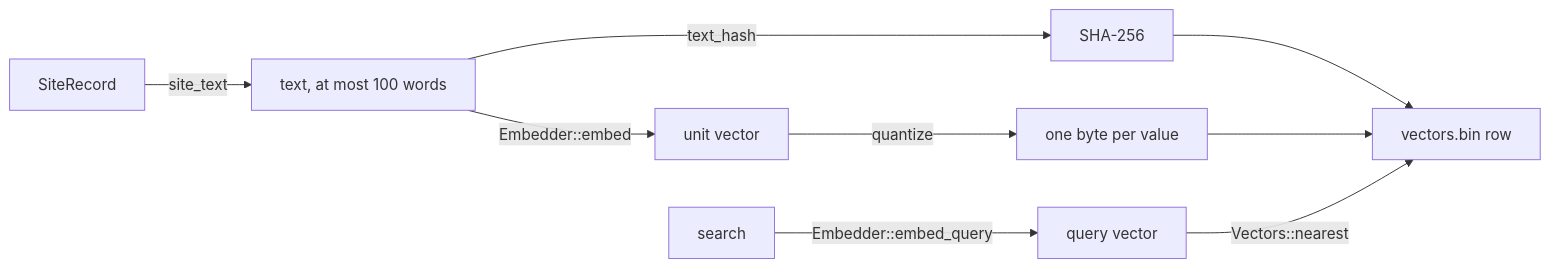
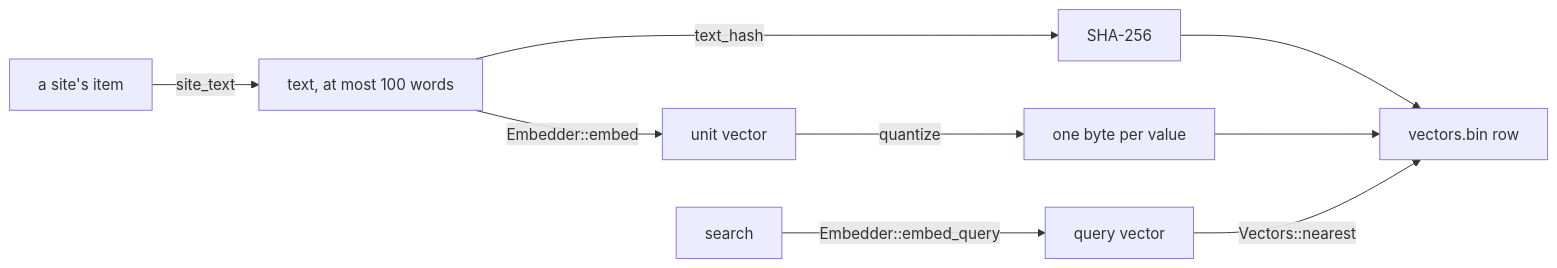
The second of 2 diagrams in crates/plumb-embed/README.md (SueHeir/plumb-search), drawn with Mermaid before and after one commit. The commit also changed other lines of this file and 19 other files, not shown here.

````diff
--- a/crates/plumb-embed/README.md
+++ b/crates/plumb-embed/README.md
@@ -35,11 +35,11 @@
 ```mermaid
 flowchart LR
-  record["SiteRecord"] -->|"site_text"| text["text, at most 100 words"]
+  site["a site's item"] -->|"site_text"| text["text, at most 100 words"]
   text -->|"text_hash"| hash["SHA-256"]
   text -->|"Embedder::embed"| vector["unit vector"]
   vector -->|"quantize"| bytes["one byte per value"]
   hash --> file["vectors.bin row"]
   bytes --> file
   query["search"] -->|"Embedder::embed_query"| qv["query vector"]
   qv -->|"Vectors::nearest"| file
 ```
````
